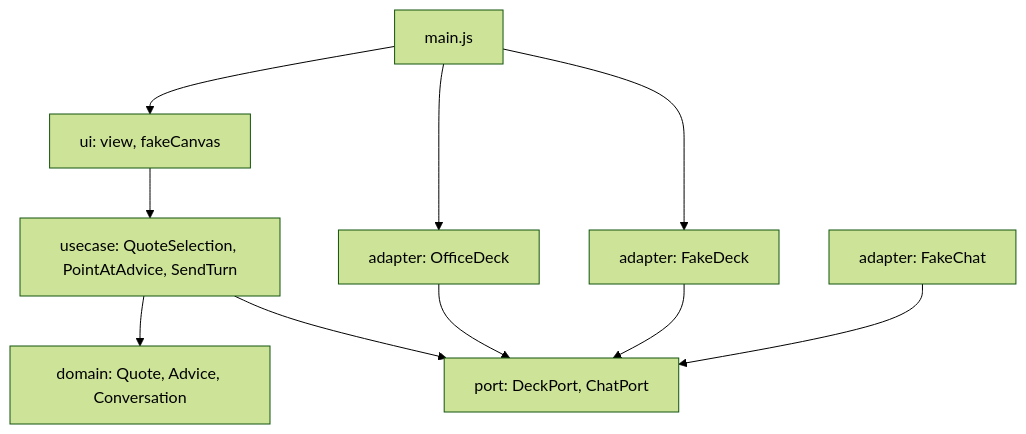
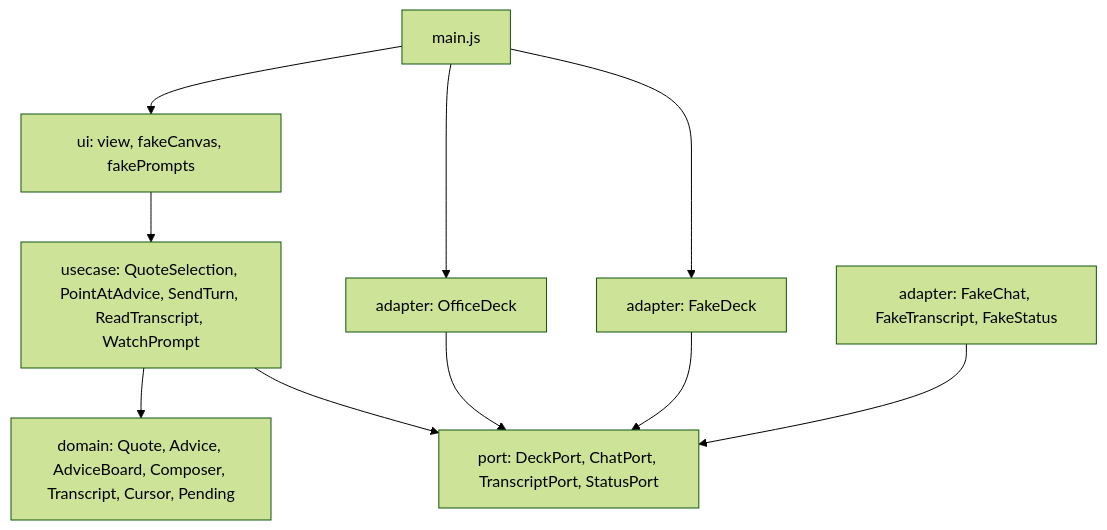
The diagram in clients/powerpoint/mockup/README.md (sayaya1090/magi), drawn with Mermaid (forest theme) before and after one commit. The commit also changed other lines of this file, not shown here.

````diff
--- a/clients/powerpoint/mockup/README.md
+++ b/clients/powerpoint/mockup/README.md
@@ -81,12 +108,14 @@
 ```mermaid
 graph TD
-  UI[ui: view, fakeCanvas] --> UC[usecase: QuoteSelection, PointAtAdvice, SendTurn]
-  UC --> D[domain: Quote, Advice, Conversation]
-  UC --> P[port: DeckPort, ChatPort]
+  UI[ui: view, fakeCanvas, fakePrompts]
+  UC[usecase: QuoteSelection, PointAtAdvice, SendTurn, ReadTranscript, WatchPrompt]
+  UI --> UC
+  UC --> D[domain: Quote, Advice, AdviceBoard, Composer, Transcript, Cursor, Pending]
+  UC --> P[port: DeckPort, ChatPort, TranscriptPort, StatusPort]
   OD[adapter: OfficeDeck] --> P
   FD[adapter: FakeDeck] --> P
-  FC[adapter: FakeChat] --> P
+  FC[adapter: FakeChat, FakeTranscript, FakeStatus] --> P
   M[main.js] --> UI
   M --> OD
   M --> FD
 ```
````
